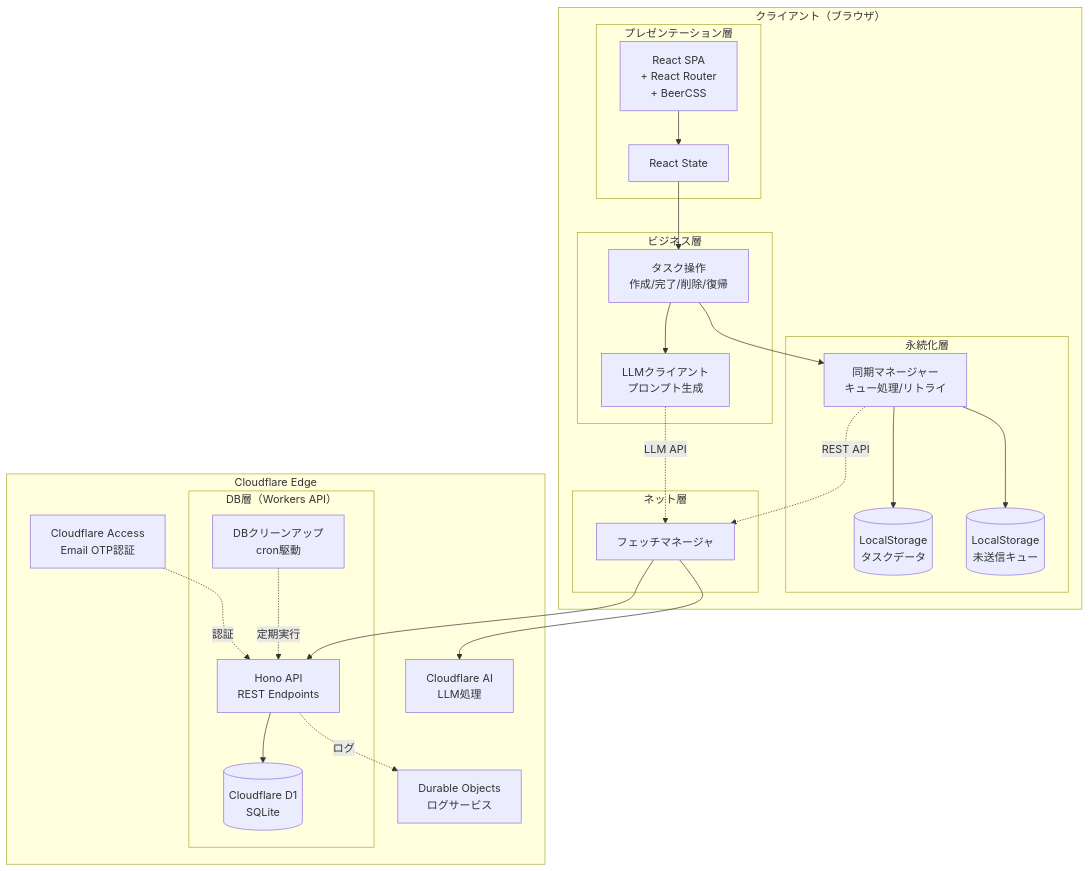
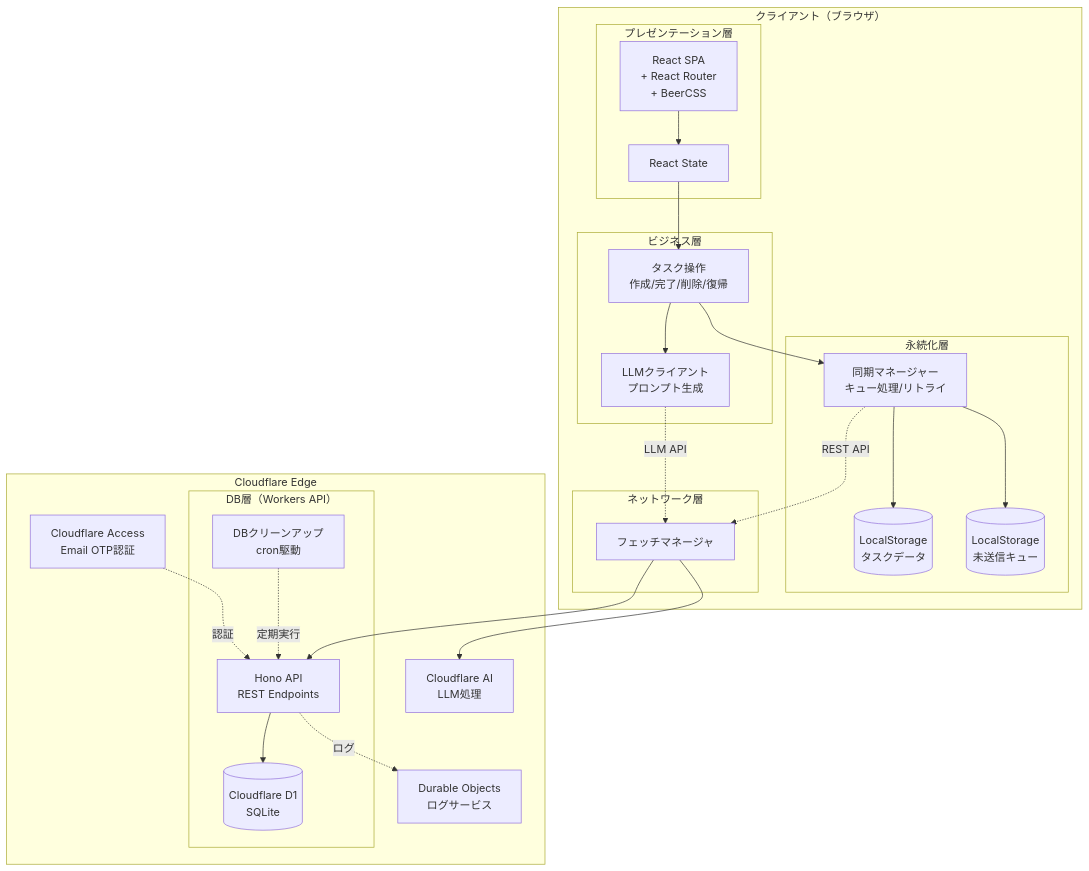
The first of 4 diagrams in doc/04_ARCHETECTURE.md (osawa-naotaka/vanishtodo), drawn with Mermaid before and after one commit. The commit also changed other lines of this file and 4 other files, not shown here.

````diff
--- a/doc/04_ARCHETECTURE.md
+++ b/doc/04_ARCHETECTURE.md
@@ -26,52 +26,52 @@
 ```mermaid
 graph TB
     subgraph "クライアント（ブラウザ）"
         subgraph "プレゼンテーション層"
             UI[React SPA<br/>+ React Router<br/>+ BeerCSS]
             State[React State]
         end
         
         subgraph "ビジネス層"
             TaskOps[タスク操作<br/>作成/完了/削除/復帰]
             LLMClient[LLMクライアント<br/>プロンプト生成]
         end
         
         subgraph "永続化層"
             LocalStorage[(LocalStorage<br/>タスクデータ)]
             SyncQueue[(LocalStorage<br/>未送信キュー)]
             SyncManager[同期マネージャー<br/>キュー処理/リトライ]
         end
 
-        subgraph "ネット層"
+        subgraph "ネットワーク層"
             Fetch[フェッチマネージャ]
         end
     end
     
     subgraph "Cloudflare Edge"
         Access[Cloudflare Access<br/>Email OTP認証]
         
         subgraph "DB層（Workers API）"
             Workers[Hono API<br/>REST Endpoints]
             D1[(Cloudflare D1<br/>SQLite)]
             Cron[DBクリーンアップ<br/>cron駆動]
         end
         
         AI[Cloudflare AI<br/>LLM処理]
         DurableObj[Durable Objects<br/>ログサービス]
     end
     
     UI --> State
     State --> TaskOps
     TaskOps --> LLMClient
     TaskOps --> SyncManager
     LLMClient -.LLM API.-> Fetch
     SyncManager --> LocalStorage
     SyncManager --> SyncQueue
     SyncManager -.REST API.-> Fetch
     Fetch --> Workers
     Fetch --> AI
     Workers --> D1
     Workers -.ログ.-> DurableObj
     Cron -.定期実行.-> Workers
     Access -.認証.-> Workers
 ```
````
